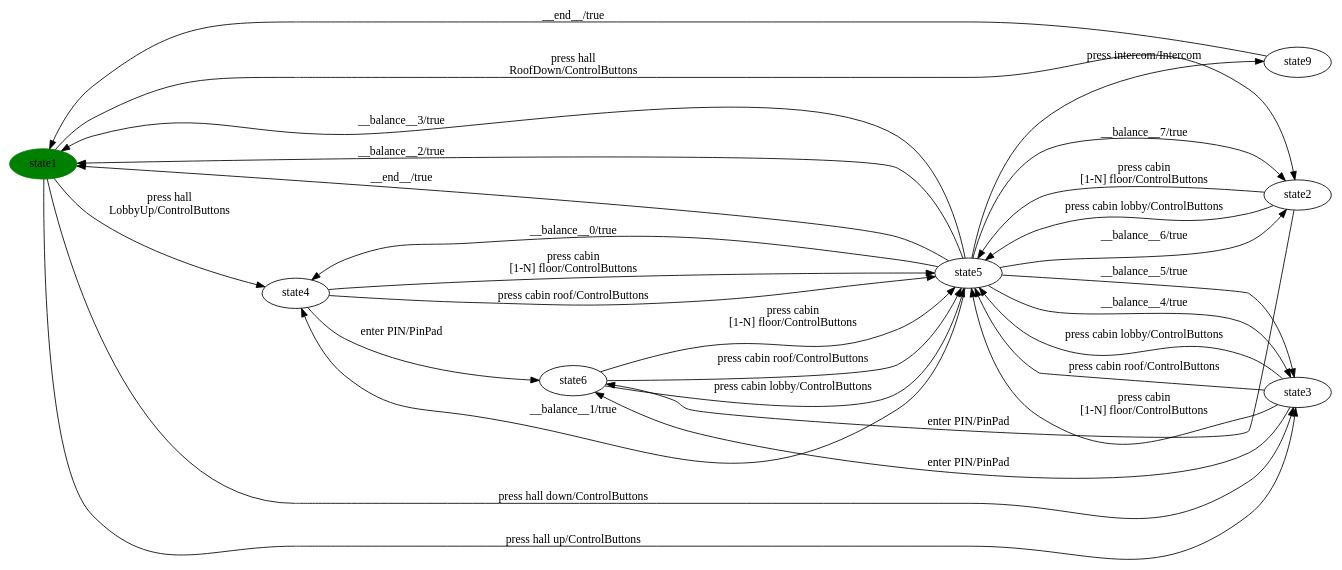
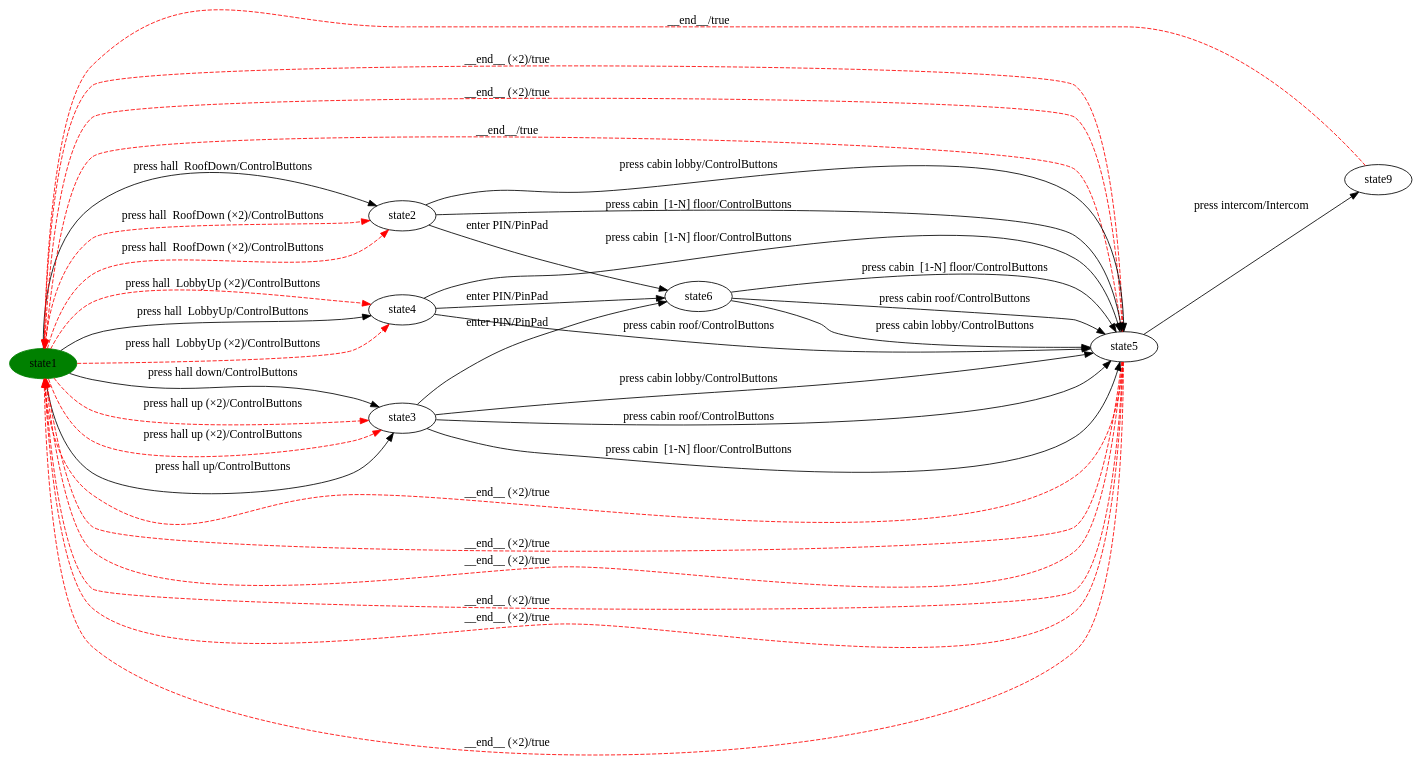
One commit to dilekozturk93/vibes changed the diagram in milestone-reports/full-pipeline-walkthrough/Elevator/Elevator-step4-balanced.dot. Above: the diagram before and after it, drawn with Graphviz. The commit also changed 36 other files, not shown here.

```diff
--- a/milestone-reports/full-pipeline-walkthrough/Elevator/Elevator-step4-balanced.dot
+++ b/milestone-reports/full-pipeline-walkthrough/Elevator/Elevator-step4-balanced.dot
@@ -1,44 +1,44 @@
 digraph G {
 rankdir=LR;
 state0[ label = "state1", style=filled, color=green ];
 state1 [ label = "state9" ];
-state1 -> state0 [ label=" __end__/true " ];
 state2 [ label = "state6" ];
+state3 [ label = "state5" ];
+state4 [ label = "state2" ];
+state5 [ label = "state4" ];
+state6 [ label = "state3" ];
+state0 -> state6 [ label=" press hall up (×2)/ControlButtons ", style=dashed, color=red ];
+state0 -> state4 [ label=" press hall  RoofDown/ControlButtons " ];
+state3 -> state1 [ label=" press intercom/Intercom " ];
+state0 -> state5 [ label=" press hall  LobbyUp (×2)/ControlButtons ", style=dashed, color=red ];
+state5 -> state3 [ label=" press cabin roof/ControlButtons " ];
+state5 -> state3 [ label=" press cabin  [1-N] floor/ControlButtons " ];
+state0 -> state4 [ label=" press hall  RoofDown (×2)/ControlButtons ", style=dashed, color=red ];
+state4 -> state2 [ label=" enter PIN/PinPad " ];
+state3 -> state0 [ label=" __end__ (×2)/true ", style=dashed, color=red ];
+state3 -> state0 [ label=" __end__ (×2)/true ", style=dashed, color=red ];
+state0 -> state6 [ label=" press hall up (×2)/ControlButtons ", style=dashed, color=red ];
+state4 -> state3 [ label=" press cabin lobby/ControlButtons " ];
+state6 -> state3 [ label=" press cabin  [1-N] floor/ControlButtons " ];
 state2 -> state3 [ label=" press cabin lobby/ControlButtons " ];
-state2 -> state3 [ label=" press cabin 
-[1-N] floor/ControlButtons " ];
+state2 -> state3 [ label=" press cabin  [1-N] floor/ControlButtons " ];
+state3 -> state0 [ label=" __end__ (×2)/true ", style=dashed, color=red ];
+state1 -> state0 [ label=" __end__/true ", style=dashed, color=red ];
+state0 -> state4 [ label=" press hall  RoofDown (×2)/ControlButtons ", style=dashed, color=red ];
+state6 -> state2 [ label=" enter PIN/PinPad " ];
+state3 -> state0 [ label=" __end__ (×2)/true ", style=dashed, color=red ];
+state0 -> state6 [ label=" press hall up/ControlButtons " ];
+state3 -> state0 [ label=" __end__ (×2)/true ", style=dashed, color=red ];
+state4 -> state3 [ label=" press cabin  [1-N] floor/ControlButtons " ];
 state2 -> state3 [ label=" press cabin roof/ControlButtons " ];
-state3 [ label = "state5" ];
-state3 -> state1 [ label=" press intercom/Intercom " ];
-state3 -> state0 [ label=" __balance__3/true " ];
-state3 -> state0 [ label=" __balance__2/true " ];
-state3 -> state0 [ label=" __end__/true " ];
-state3 -> state4 [ label=" __balance__1/true " ];
-state3 -> state4 [ label=" __balance__0/true " ];
-state3 -> state5 [ label=" __balance__5/true " ];
-state3 -> state5 [ label=" __balance__4/true " ];
-state3 -> state6 [ label=" __balance__6/true " ];
-state3 -> state6 [ label=" __balance__7/true " ];
-state6 [ label = "state2" ];
-state6 -> state3 [ label=" press cabin 
-[1-N] floor/ControlButtons " ];
+state3 -> state0 [ label=" __end__ (×2)/true ", style=dashed, color=red ];
+state3 -> state0 [ label=" __end__ (×2)/true ", style=dashed, color=red ];
 state6 -> state3 [ label=" press cabin lobby/ControlButtons " ];
-state6 -> state2 [ label=" enter PIN/PinPad " ];
-state0 -> state6 [ label=" press hall 
-RoofDown/ControlButtons " ];
-state0 -> state5 [ label=" press hall up/ControlButtons " ];
-state0 -> state5 [ label=" press hall down/ControlButtons " ];
-state0 -> state4 [ label=" press hall 
-LobbyUp/ControlButtons " ];
-state4 [ label = "state4" ];
-state4 -> state3 [ label=" press cabin roof/ControlButtons " ];
-state4 -> state3 [ label=" press cabin 
-[1-N] floor/ControlButtons " ];
-state4 -> state2 [ label=" enter PIN/PinPad " ];
-state5 [ label = "state3" ];
 state5 -> state2 [ label=" enter PIN/PinPad " ];
-state5 -> state3 [ label=" press cabin lobby/ControlButtons " ];
-state5 -> state3 [ label=" press cabin roof/ControlButtons " ];
-state5 -> state3 [ label=" press cabin 
-[1-N] floor/ControlButtons " ];
+state6 -> state3 [ label=" press cabin roof/ControlButtons " ];
+state0 -> state6 [ label=" press hall down/ControlButtons " ];
+state3 -> state0 [ label=" __end__ (×2)/true ", style=dashed, color=red ];
+state0 -> state5 [ label=" press hall  LobbyUp/ControlButtons " ];
+state0 -> state5 [ label=" press hall  LobbyUp (×2)/ControlButtons ", style=dashed, color=red ];
+state3 -> state0 [ label=" __end__/true ", style=dashed, color=red ];
 }
```
